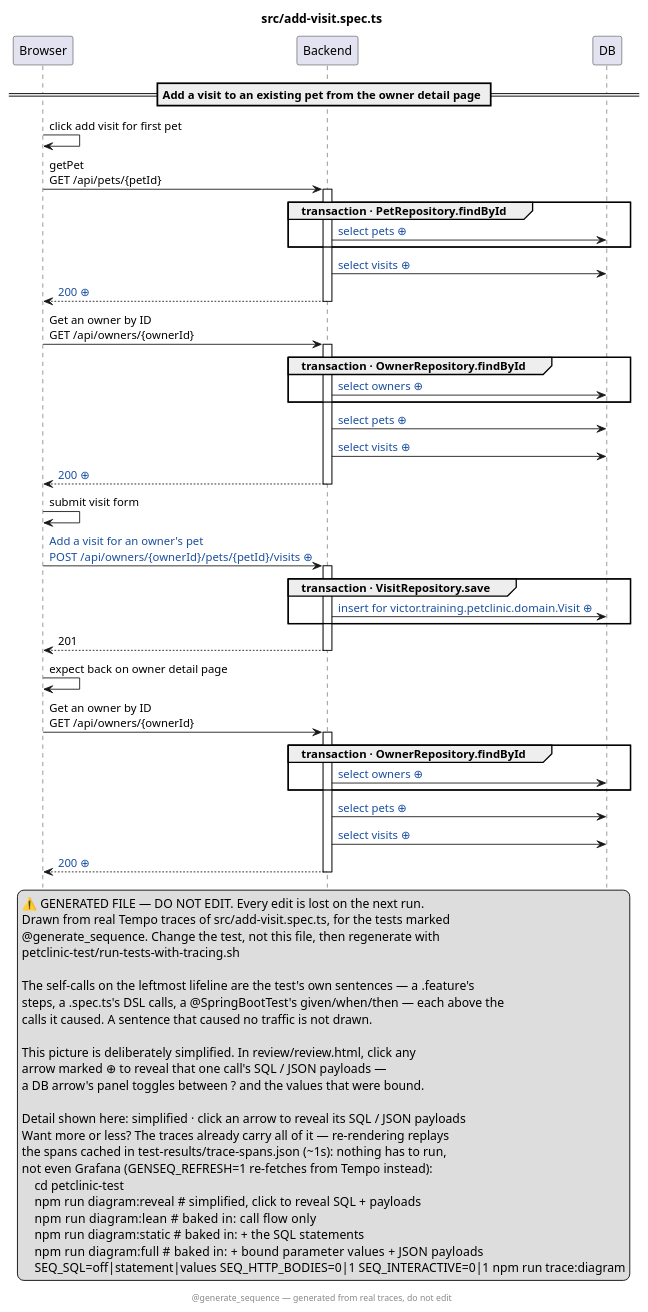
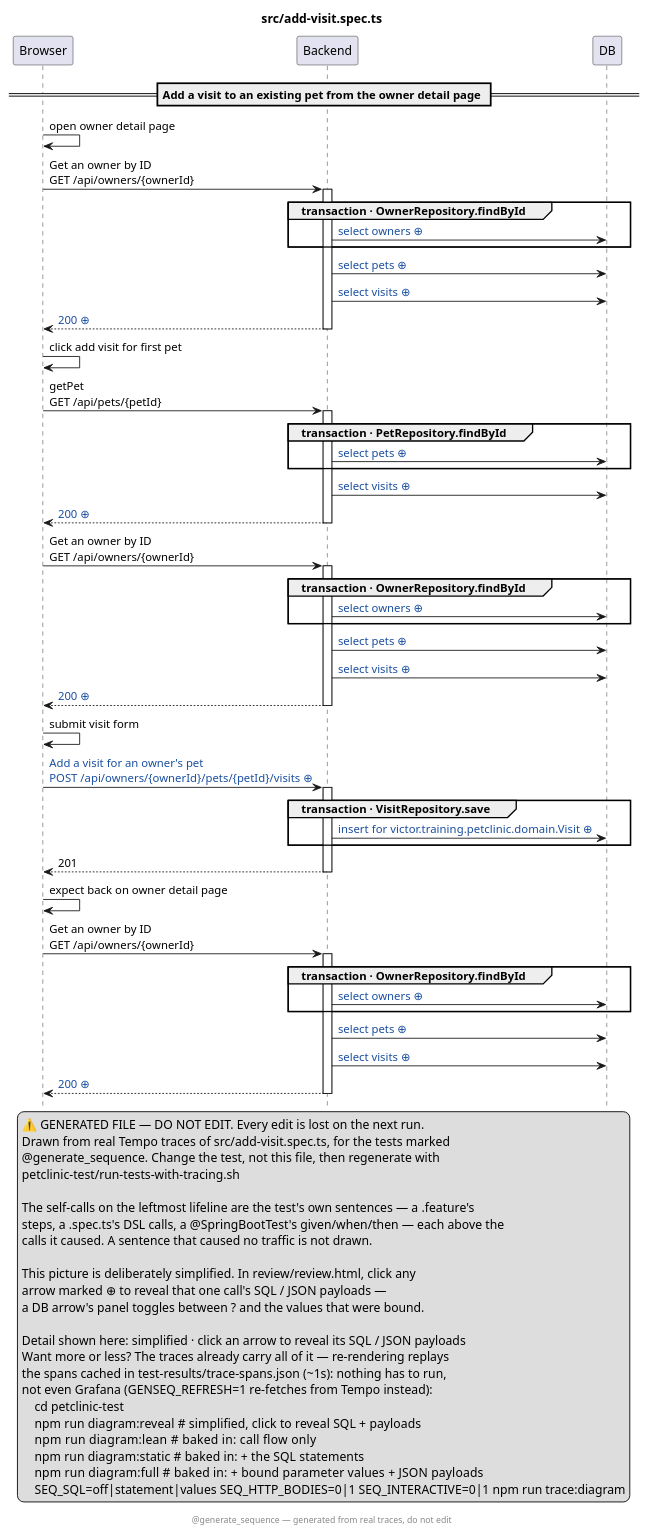
Before and after one commit to victorrentea/petclinic: the diagram in petclinic-test/src/add-visit.spec.ts.genseq.puml, drawn with PlantUML. The commit also changed 8 other files, not shown here.

```diff
--- a/petclinic-test/src/add-visit.spec.ts.genseq.puml
+++ b/petclinic-test/src/add-visit.spec.ts.genseq.puml
@@ -1,73 +1,83 @@
 @startuml
 ' ⚠️  GENERATED FILE — DO NOT EDIT. Every edit is lost on the next run.
 hide footbox
 skinparam hyperlinkUnderline false
 skinparam hyperlinkColor #1A4FA0
 title src/add-visit.spec.ts
 legend right
   ⚠️  GENERATED FILE — DO NOT EDIT. Every edit is lost on the next run.
   Drawn from real Tempo traces of src/add-visit.spec.ts, for the tests marked
   @generate_sequence. Change the test, not this file, then regenerate with
   petclinic-test/run-tests-with-tracing.sh
  
   The self-calls on the leftmost lifeline are the test's own sentences — a .feature's
   steps, a .spec.ts's DSL calls, a @SpringBootTest's given/when/then — each above the
   calls it caused. A sentence that caused no traffic is not drawn.
  
   This picture is deliberately simplified. In review/review.html, click any
   arrow marked ⊕ to reveal that one call's SQL / JSON payloads —
   a DB arrow's panel toggles between ? and the values that were bound.
  
   Detail shown here: simplified · click an arrow to reveal its SQL / JSON payloads
   Want more or less? The traces already carry all of it — re-rendering replays
   the spans cached in test-results/trace-spans.json (~1s): nothing has to run,
   not even Grafana (GENSEQ_REFRESH=1 re-fetches from Tempo instead):
       cd petclinic-test
       npm run diagram:reveal  # simplified, click to reveal SQL + payloads
       npm run diagram:lean    # baked in: call flow only
       npm run diagram:static  # baked in: + the SQL statements
       npm run diagram:full    # baked in: + bound parameter values + JSON payloads
       SEQ_SQL=off|statement|values SEQ_HTTP_BODIES=0|1 SEQ_INTERACTIVE=0|1 npm run trace:diagram
 end legend
 footer @generate_sequence — generated from real traces, do not edit
 participant Browser
 participant Backend
 participant DB
 == Add a visit to an existing pet from the owner detail page ==
+Browser -> Browser: open owner detail page
+Browser -> Backend: Get an owner by ID\nGET /api/owners/{ownerId}
+activate Backend
+group transaction · OwnerRepository.findById
+Backend -> DB: [[genseq://0totfe9{Click for the statement behind this call} select owners ⊕]]
+end
+Backend -> DB: [[genseq://1hjadar{Click for the statement behind this call} select pets ⊕]]
+Backend -> DB: [[genseq://1cdku0l{Click for the statement behind this call} select visits ⊕]]
+Backend --> Browser: [[genseq://0nrwmu9{Click for this call’s JSON body} 200 ⊕]]
+deactivate Backend
 Browser -> Browser: click add visit for first pet
 Browser -> Backend: getPet\nGET /api/pets/{petId}
 activate Backend
 group transaction · PetRepository.findById
 Backend -> DB: [[genseq://0jw0huv{Click for the statement behind this call} select pets ⊕]]
 end
 Backend -> DB: [[genseq://1cdku0l{Click for the statement behind this call} select visits ⊕]]
-Backend --> Browser: [[genseq://18fe2y7{Click for this call’s JSON body} 200 ⊕]]
+Backend --> Browser: [[genseq://0jxn8v7{Click for this call’s JSON body} 200 ⊕]]
 deactivate Backend
 Browser -> Backend: Get an owner by ID\nGET /api/owners/{ownerId}
 activate Backend
 group transaction · OwnerRepository.findById
 Backend -> DB: [[genseq://0totfe9{Click for the statement behind this call} select owners ⊕]]
 end
 Backend -> DB: [[genseq://1hjadar{Click for the statement behind this call} select pets ⊕]]
 Backend -> DB: [[genseq://1cdku0l{Click for the statement behind this call} select visits ⊕]]
-Backend --> Browser: [[genseq://0cnx7tr{Click for this call’s JSON body} 200 ⊕]]
+Backend --> Browser: [[genseq://1f64knf{Click for this call’s JSON body} 200 ⊕]]
 deactivate Backend
 Browser -> Browser: submit visit form
-Browser -> Backend: [[genseq://1wu0mup{Click for this call’s JSON body} Add a visit for an owner's pet\nPOST /api/owners/{ownerId}/pets/{petId}/visits ⊕]]
+Browser -> Backend: [[genseq://08lhats{Click for this call’s JSON body} Add a visit for an owner's pet\nPOST /api/owners/{ownerId}/pets/{petId}/visits ⊕]]
 activate Backend
 group transaction · VisitRepository.save
-Backend -> DB: [[genseq://1vi58md{Click for the statement behind this call} insert for victor.training.petclinic.domain.Visit ⊕]]
+Backend -> DB: [[genseq://0k674tq{Click for the statement behind this call} insert for victor.training.petclinic.domain.Visit ⊕]]
 end
 Backend --> Browser: 201
 deactivate Backend
 Browser -> Browser: expect back on owner detail page
 Browser -> Backend: Get an owner by ID\nGET /api/owners/{ownerId}
 activate Backend
 group transaction · OwnerRepository.findById
 Backend -> DB: [[genseq://0totfe9{Click for the statement behind this call} select owners ⊕]]
 end
 Backend -> DB: [[genseq://1hjadar{Click for the statement behind this call} select pets ⊕]]
 Backend -> DB: [[genseq://1cdku0l{Click for the statement behind this call} select visits ⊕]]
-Backend --> Browser: [[genseq://117bkf1{Click for this call’s JSON body} 200 ⊕]]
+Backend --> Browser: [[genseq://1hv9gzm{Click for this call’s JSON body} 200 ⊕]]
 deactivate Backend
 @enduml
```
